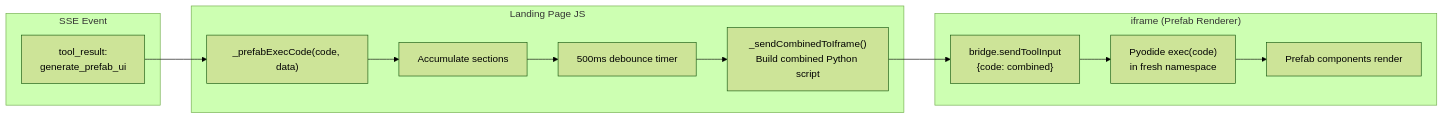
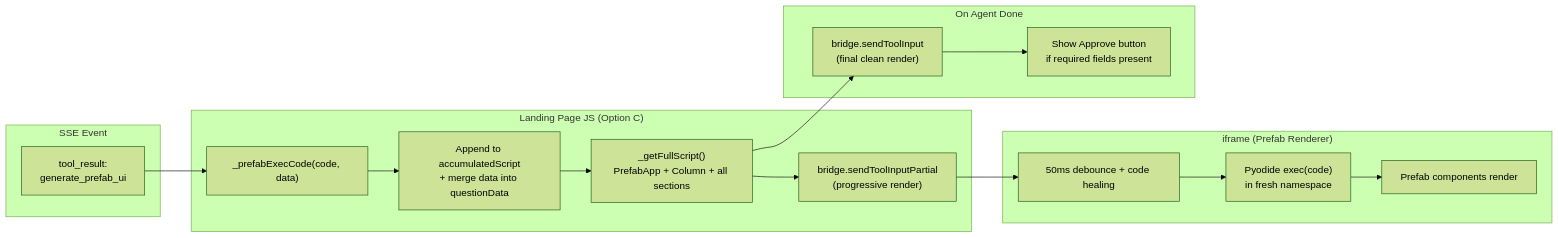
Before and after one commit to prateekpanjla-outlook/duckdb-wasm-ide: the third of 3 diagrams in docs/mcp-v3-genui-architecture.md, drawn with Mermaid (forest theme). The commit also changed other lines of this file and 10 other files, not shown here.

````diff
--- a/docs/mcp-v3-genui-architecture.md
+++ b/docs/mcp-v3-genui-architecture.md
@@ -104,21 +108,27 @@
 ```mermaid
 graph LR
     subgraph "SSE Event"
         TC[tool_result:<br/>generate_prefab_ui]
     end
 
-    subgraph "Landing Page JS"
+    subgraph "Landing Page JS (Option C)"
         Exec["_prefabExecCode(code, data)"]
-        Acc[Accumulate sections]
-        Debounce[500ms debounce timer]
-        Combine["_sendCombinedToIframe()<br/>Build combined Python script"]
+        Acc["Append to accumulatedScript<br/>+ merge data into questionData"]
+        Full["_getFullScript()<br/>PrefabApp + Column + all sections"]
+        Partial["bridge.sendToolInputPartial<br/>(progressive render)"]
     end
 
     subgraph "iframe (Prefab Renderer)"
-        Bridge["bridge.sendToolInput<br/>{code: combined}"]
+        Heal["50ms debounce + code healing"]
         PyExec["Pyodide exec(code)<br/>in fresh namespace"]
         Render[Prefab components render]
     end
 
-    TC --> Exec --> Acc --> Debounce --> Combine --> Bridge --> PyExec --> Render
+    subgraph "On Agent Done"
+        Final["bridge.sendToolInput<br/>(final clean render)"]
+        Approve["Show Approve button<br/>if required fields present"]
+    end
+
+    TC --> Exec --> Acc --> Full --> Partial --> Heal --> PyExec --> Render
+    Full --> Final --> Approve
 ```
````
